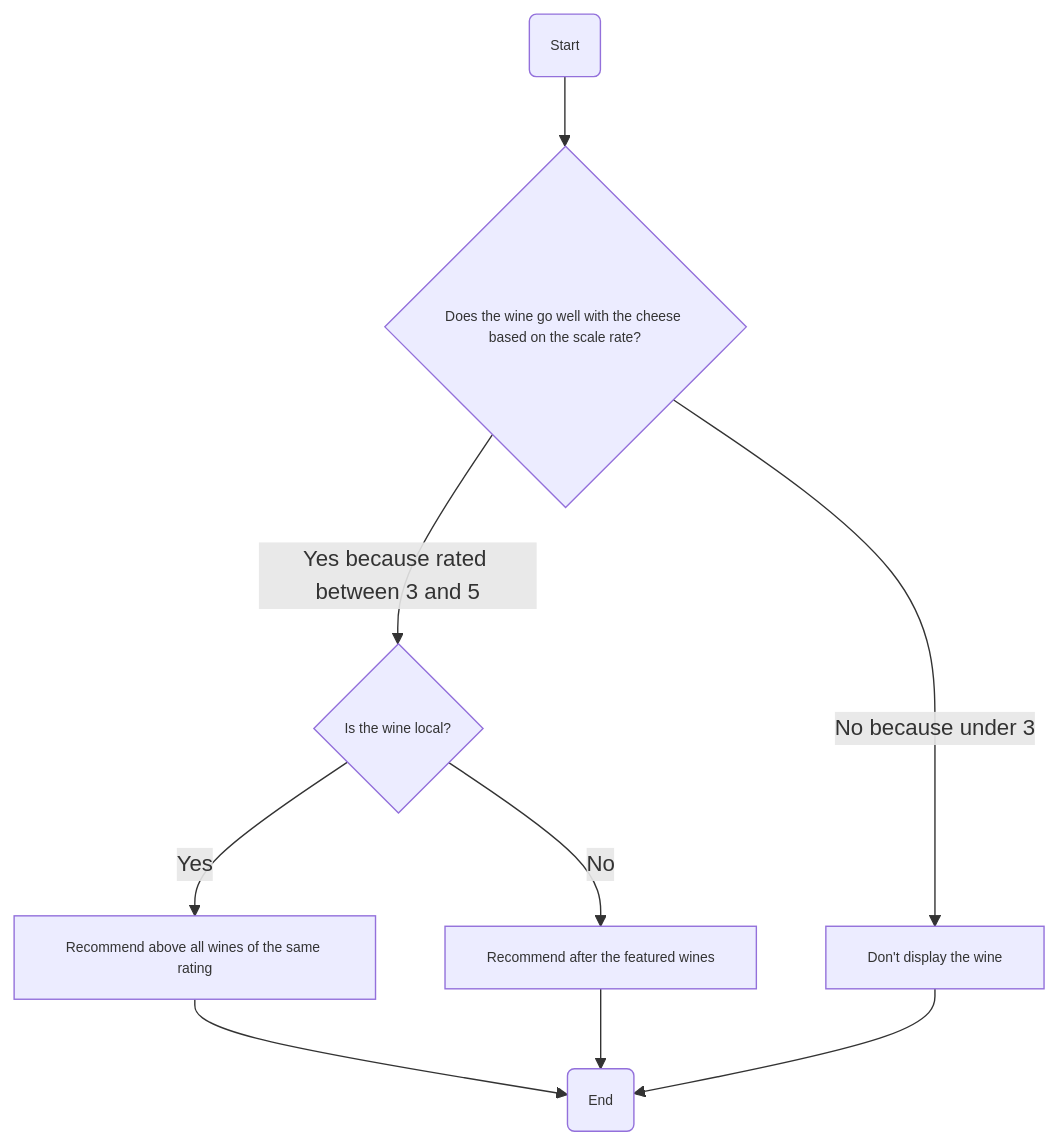
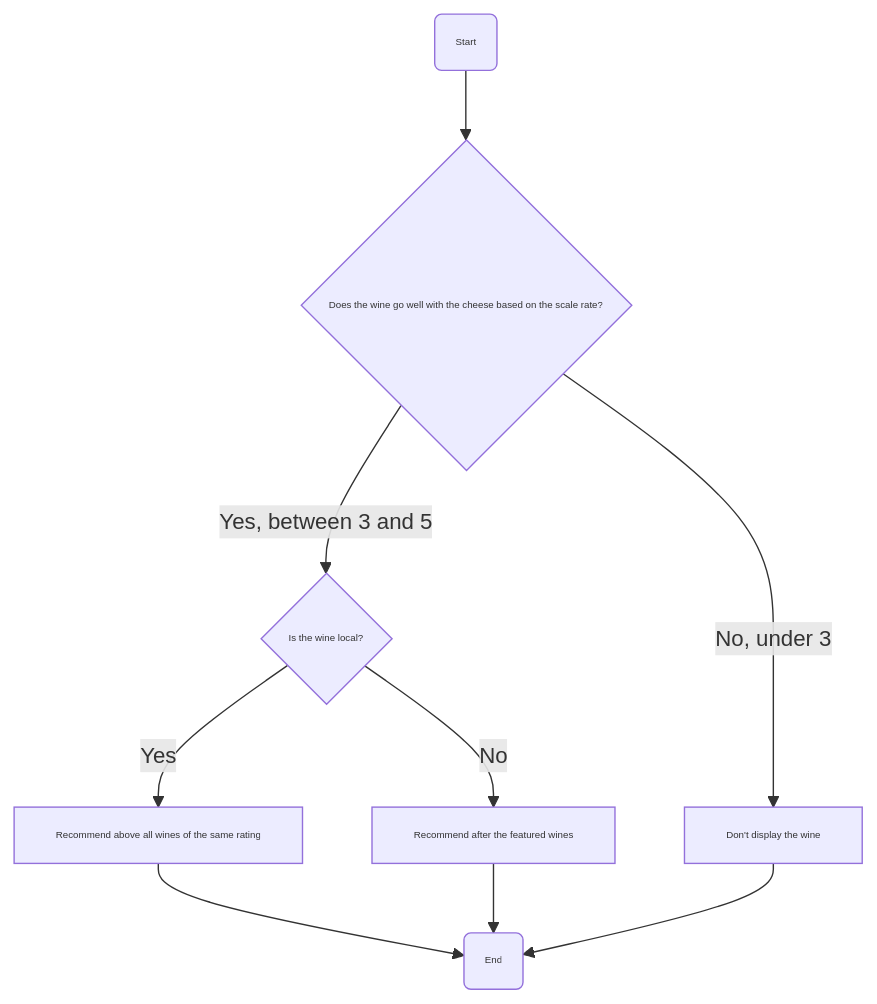
The fourth of 11 diagrams in Documents/Technical/technical_specifications.md (algosup/2024-2025-project-5-bubble-intermarche-team-2), drawn with Mermaid before and after one commit. The commit also changed other lines of this file, not shown here.

````diff
--- a/Documents/Technical/technical_specifications.md
+++ b/Documents/Technical/technical_specifications.md
@@ -266,12 +266,12 @@
 ```mermaid
 graph TD
     A(Start) --> B{Does the wine go well with the cheese based on the scale rate?}
-    B -->|Yes because rated between 3 and 5| C{Is the wine local?}
-    B -->|No because under 3| D[Don't display the wine]
+    B -->|Yes, between 3 and 5| C{Is the wine local?}
+    B -->|No, under 3| D[Don't display the wine]
     C --> |Yes| E[Recommend above all wines of the same rating]
     C --> |No| F[Recommend after the featured wines]
     E --> G(End)
     F --> G
     D --> G
-    classDef default font-size:10px;
+    classDef default font-size:7px;
 ```
````
